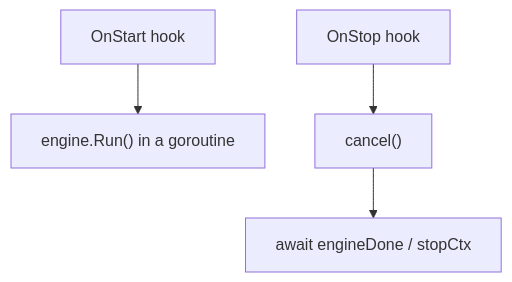
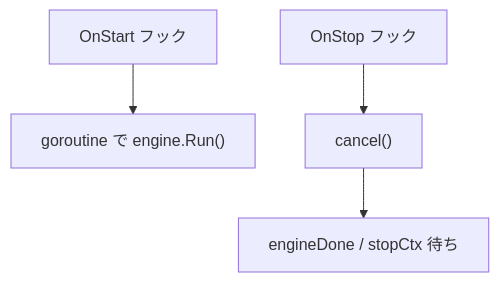
Before and after one commit to Tomy-ch/go-boilerplate: the diagram in internal/di/outboxrelay/hook/README.md, drawn with Mermaid. The commit also changed other lines of this file and 970 other files, not shown here.

````diff
--- a/internal/di/outboxrelay/hook/README.md
+++ b/internal/di/outboxrelay/hook/README.md
@@ -9,11 +9,11 @@
 ```mermaid
 flowchart TB
-    Start["OnStart hook"]
-    Run["engine.Run() in a goroutine"]
-    Stop["OnStop hook"]
+    Start["OnStart フック"]
+    Run["goroutine で engine.Run()"]
+    Stop["OnStop フック"]
     Cancel["cancel()"]
-    Wait["await engineDone / stopCtx"]
+    Wait["engineDone / stopCtx 待ち"]
 
     Start --> Run
     Stop --> Cancel --> Wait
 ```
````
